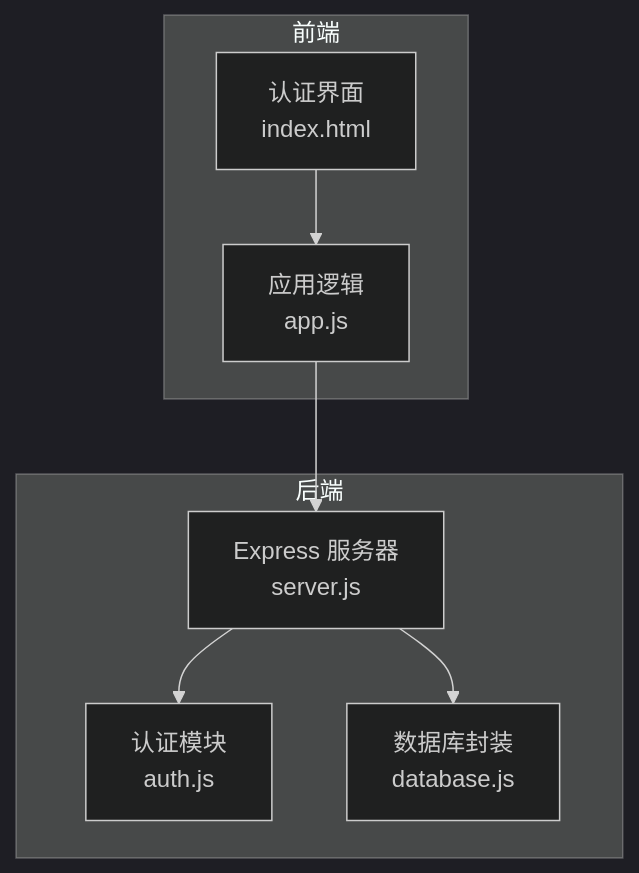
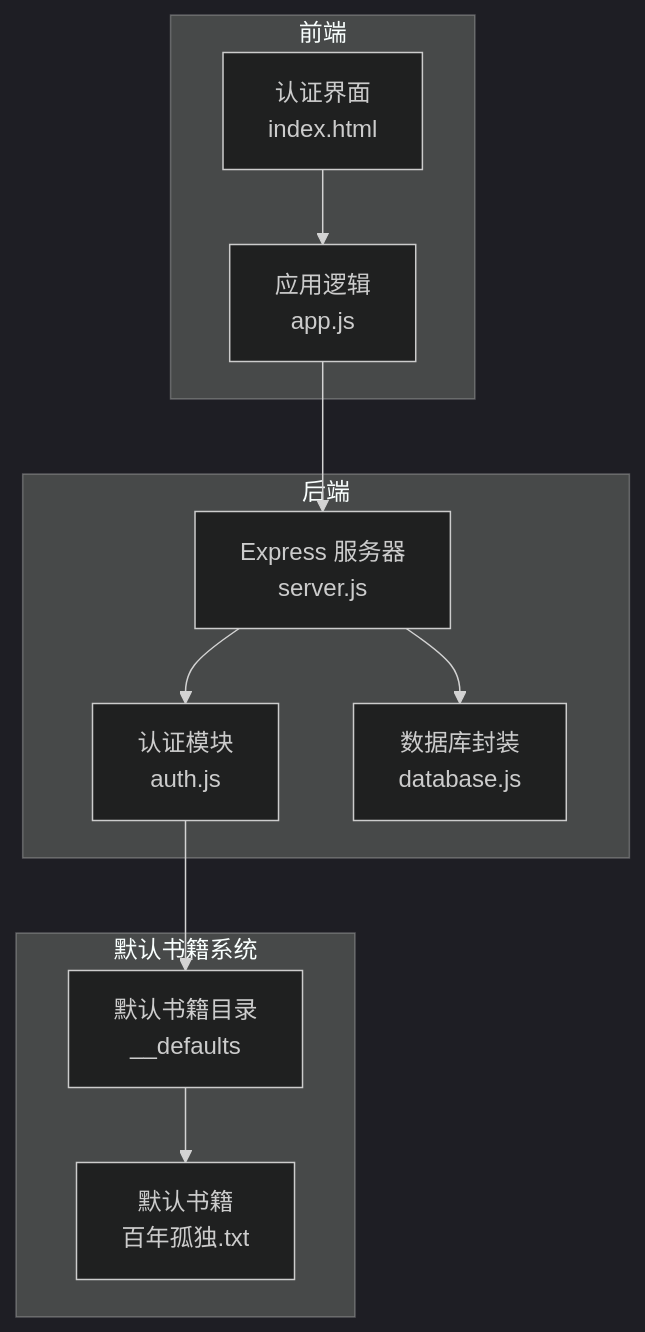
One commit to 1431529361/aread changed the first of 6 diagrams in .qoder/repowiki/zh/content/用户指南/用户认证.md. Above: the diagram before and after it, drawn with Mermaid (dark theme). The commit also changed other lines of this file and 32 other files, not shown here.

````diff
--- a/.qoder/repowiki/zh/content/用户指南/用户认证.md
+++ b/.qoder/repowiki/zh/content/用户指南/用户认证.md
@@ -34,16 +44,22 @@
 ```mermaid
 graph TB
 subgraph "前端"
 UI["认证界面<br/>index.html"]
 APP["应用逻辑<br/>app.js"]
 end
 subgraph "后端"
 SERVER["Express 服务器<br/>server.js"]
 AUTH["认证模块<br/>auth.js"]
 DB["数据库封装<br/>database.js"]
 end
+subgraph "默认书籍系统"
+DEFAULTS["默认书籍目录<br/>__defaults"]
+DEFAULT_BOOK["默认书籍<br/>百年孤独.txt"]
+end
 UI --> APP
 APP --> SERVER
 SERVER --> AUTH
 SERVER --> DB
+AUTH --> DEFAULTS
+DEFAULTS --> DEFAULT_BOOK
 ```
````
